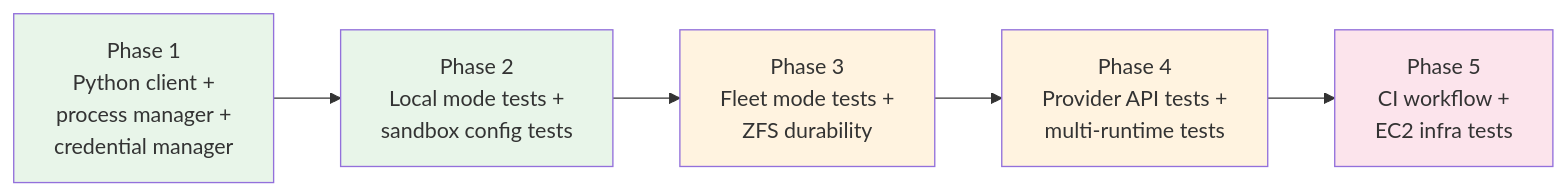
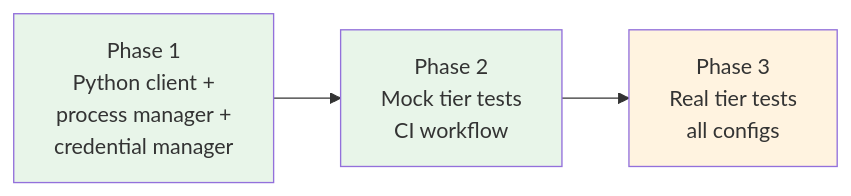
Before and after one commit to dcosson/flex-agent-runtime: the third of 3 diagrams in docs/plans/22-e2e-external-tests.md, drawn with Mermaid. The commit also changed other lines of this file, not shown here.

````diff
--- a/docs/plans/22-e2e-external-tests.md
+++ b/docs/plans/22-e2e-external-tests.md
@@ -1042,13 +1064,9 @@
 ```mermaid
 graph LR
-    A[Phase 1<br/>Python client +<br/>process manager +<br/>credential manager] --> B[Phase 2<br/>Local mode tests +<br/>sandbox config tests]
-    B --> C[Phase 3<br/>Fleet mode tests +<br/>ZFS durability]
-    C --> D[Phase 4<br/>Provider API tests +<br/>multi-runtime tests]
-    D --> E[Phase 5<br/>CI workflow +<br/>EC2 infra tests]
+    A[Phase 1<br/>Python client +<br/>process manager +<br/>credential manager] --> B[Phase 2<br/>Mock tier tests<br/>CI workflow]
+    B --> C[Phase 3<br/>Real tier tests<br/>all configs]
 
     style A fill:#e8f5e9
     style B fill:#e8f5e9
     style C fill:#fff3e0
-    style D fill:#fff3e0
-    style E fill:#fce4ec
 ```
````
